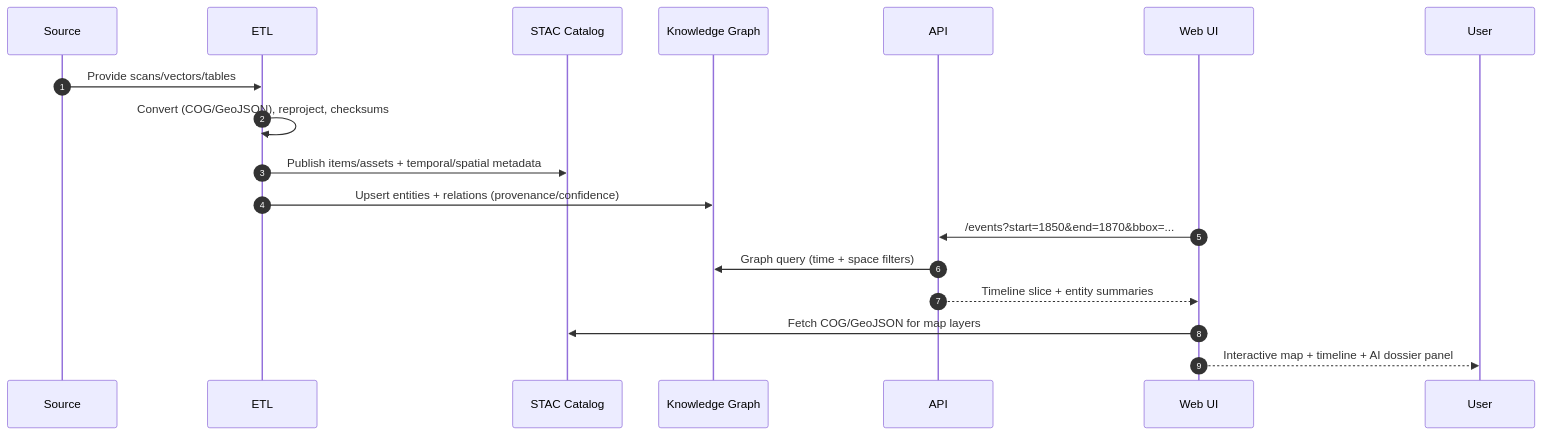
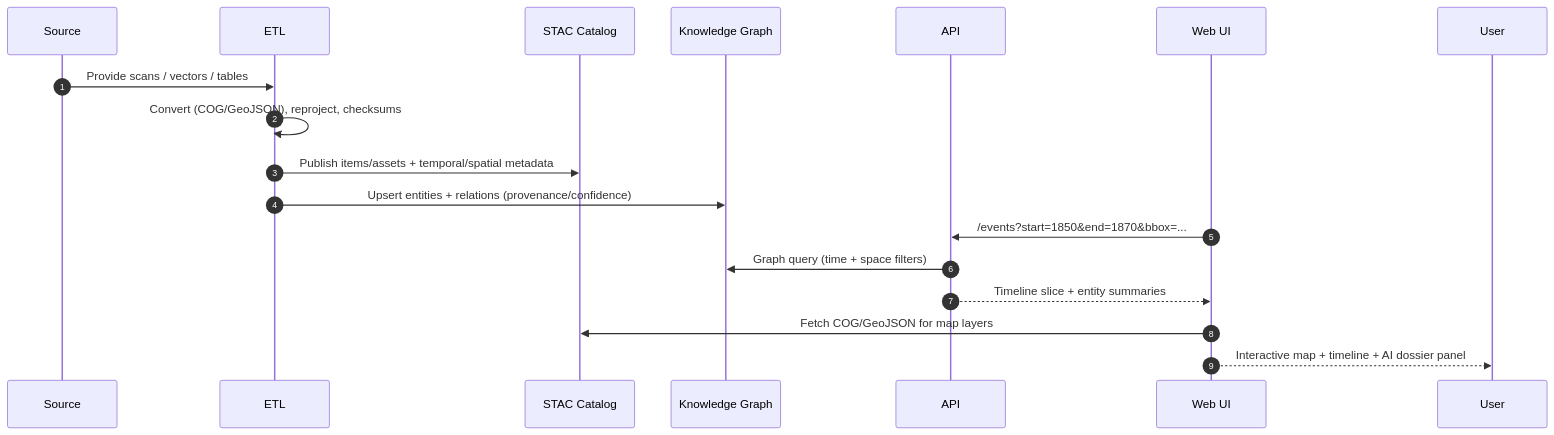
Before and after one commit to bartytime4life/Kansas-Frontier-Matrix: the second of 2 diagrams in src/ARCHITECTURE.md, drawn with Mermaid. The commit also changed other lines of this file, not shown here.

Commit message:
Update architecture documentation with new content

````diff
--- a/src/ARCHITECTURE.md
+++ b/src/ARCHITECTURE.md
@@ -74,20 +76,20 @@
 ```mermaid
 sequenceDiagram
     autonumber
     participant SRC as Source
     participant ETL as ETL
     participant STAC as STAC Catalog
     participant KG as Knowledge Graph
     participant API as API
     participant UI as Web UI
 
-    SRC->>ETL: Provide scans/vectors/tables
+    SRC->>ETL: Provide scans / vectors / tables
     ETL->>ETL: Convert (COG/GeoJSON), reproject, checksums
     ETL->>STAC: Publish items/assets + temporal/spatial metadata
     ETL->>KG: Upsert entities + relations (provenance/confidence)
     UI->>API: /events?start=1850&end=1870&bbox=...
     API->>KG: Graph query (time + space filters)
     API-->>UI: Timeline slice + entity summaries
     UI->>STAC: Fetch COG/GeoJSON for map layers
     UI-->>User: Interactive map + timeline + AI dossier panel
 ```
````
